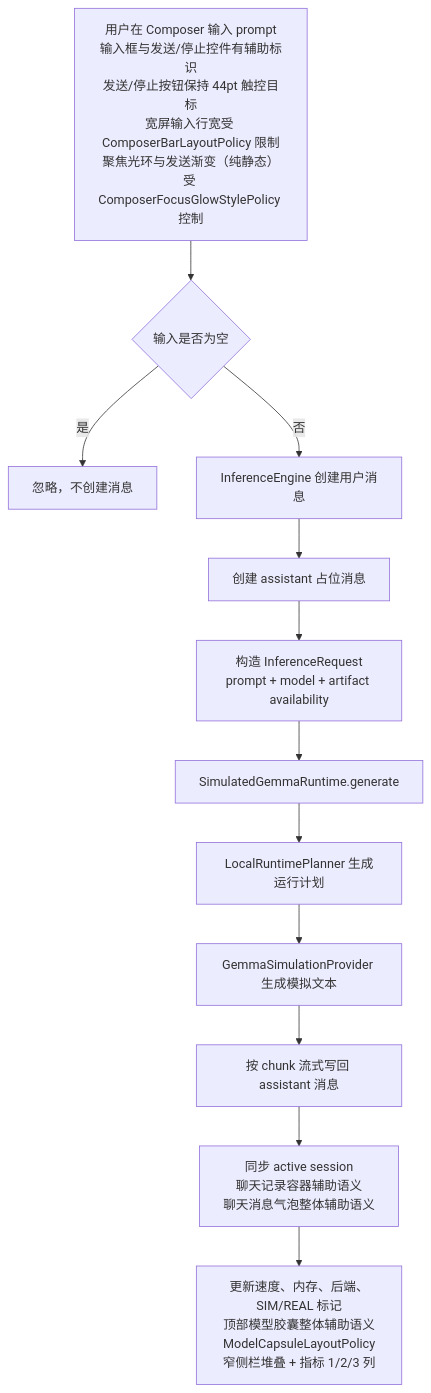
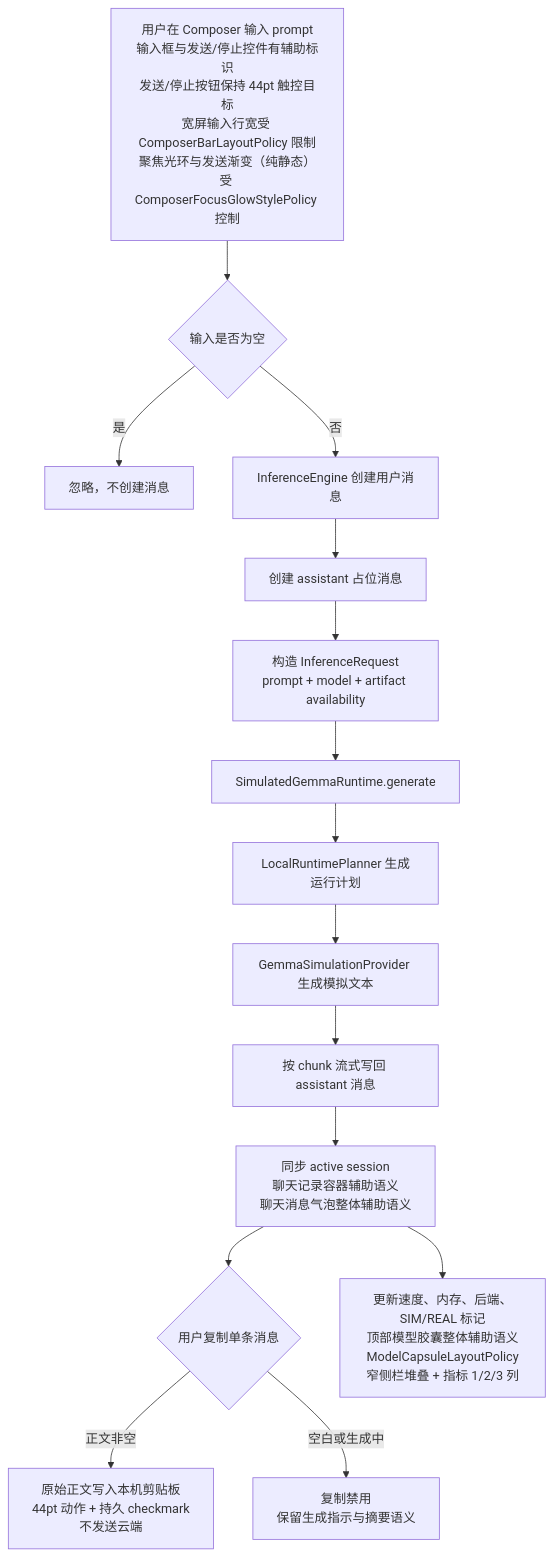
The fourth of 10 diagrams in md/flow/flowchart.md (Altman-sam114/113), drawn with Mermaid before and after one commit. The commit also changed 8 other files, not shown here.

````diff
--- a/md/flow/flowchart.md
+++ b/md/flow/flowchart.md
@@ -75,14 +75,17 @@
 ```mermaid
 flowchart TD
     A[用户在 Composer 输入 prompt<br/>输入框与发送/停止控件有辅助标识<br/>发送/停止按钮保持 44pt 触控目标<br/>宽屏输入行宽受 ComposerBarLayoutPolicy 限制<br/>聚焦光环与发送渐变（纯静态）受 ComposerFocusGlowStylePolicy 控制] --> B{输入是否为空}
     B -- 是 --> C[忽略，不创建消息]
     B -- 否 --> D[InferenceEngine 创建用户消息]
     D --> E[创建 assistant 占位消息]
     E --> F[构造 InferenceRequest<br/>prompt + model + artifact availability]
     F --> G[SimulatedGemmaRuntime.generate]
     G --> H[LocalRuntimePlanner 生成运行计划]
     H --> I[GemmaSimulationProvider 生成模拟文本]
     I --> J[按 chunk 流式写回 assistant 消息]
     J --> K[同步 active session<br/>聊天记录容器辅助语义<br/>聊天消息气泡整体辅助语义]
+    K --> M{用户复制单条消息}
+    M -- 正文非空 --> N[原始正文写入本机剪贴板<br/>44pt 动作 + 持久 checkmark<br/>不发送云端]
+    M -- 空白或生成中 --> O[复制禁用<br/>保留生成指示与摘要语义]
     K --> L[更新速度、内存、后端、SIM/REAL 标记<br/>顶部模型胶囊整体辅助语义<br/>ModelCapsuleLayoutPolicy<br/>窄侧栏堆叠 + 指标 1/2/3 列]
 ```
````
